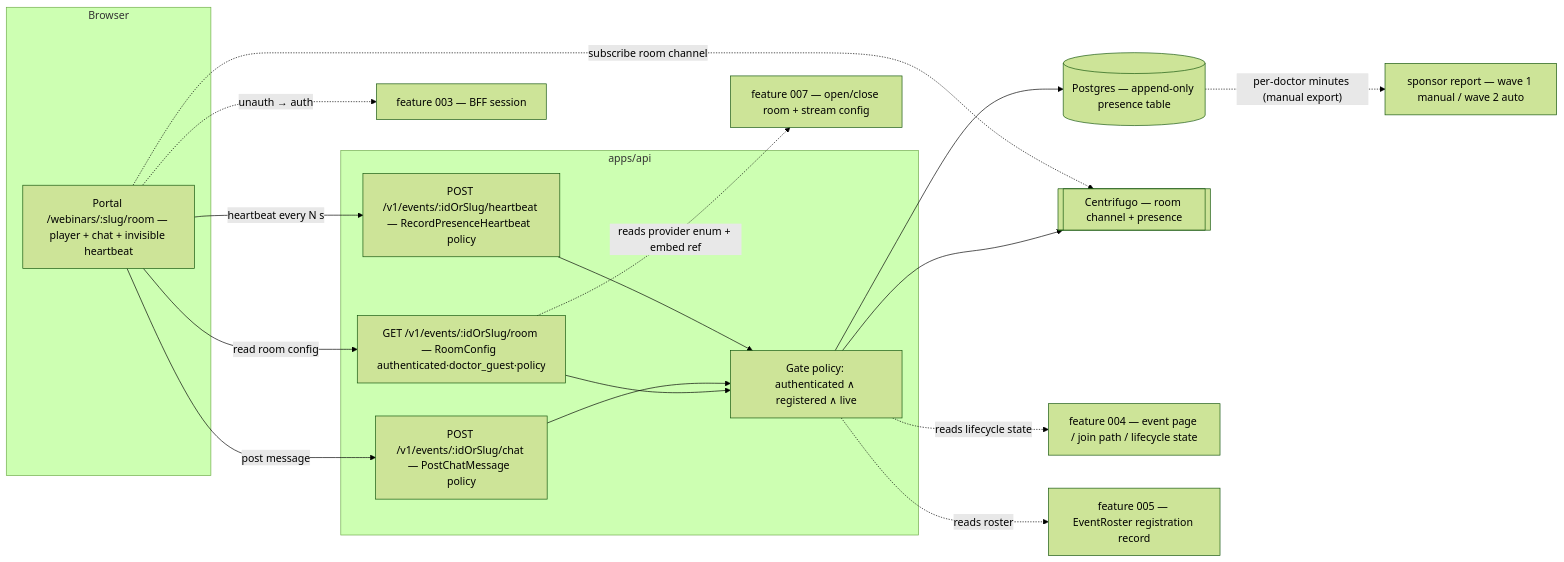
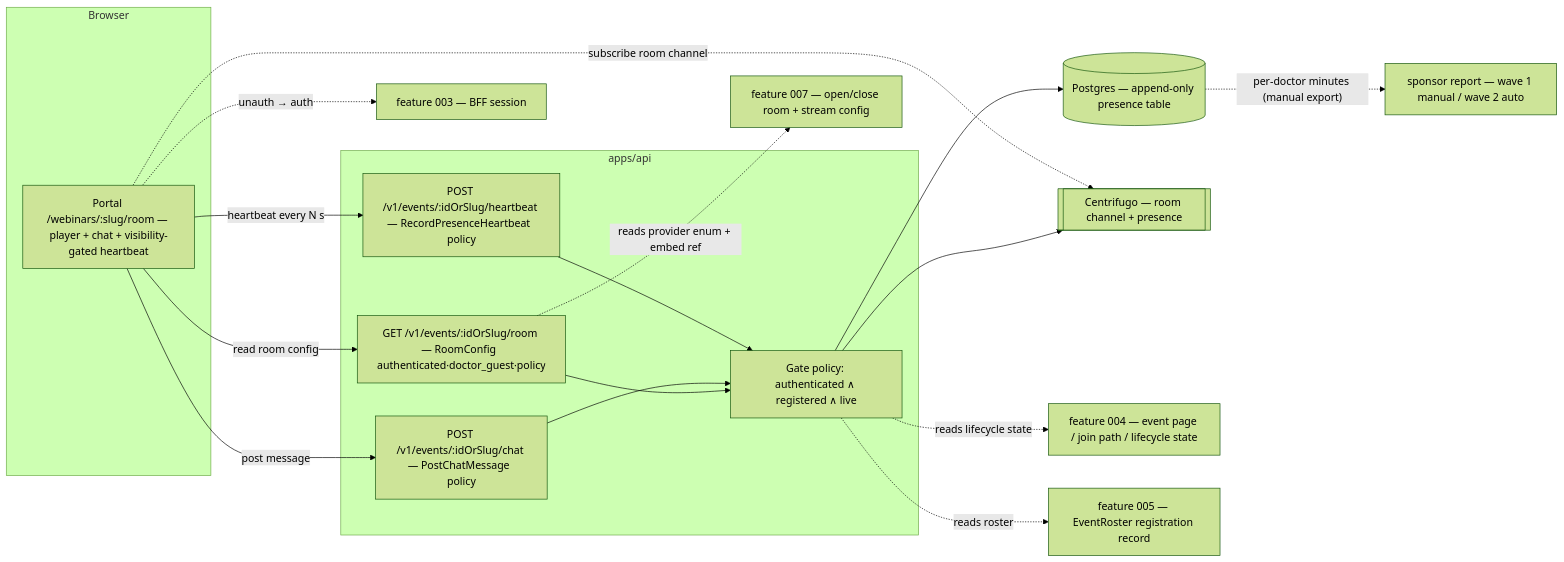
Before and after one commit to doctor-school/ds-platform: the first of 6 diagrams in apps/docs/content/specs/features/006-webinar-room/006-design.md, drawn with Mermaid (forest theme). The commit also changed other lines of this file and 3 other files, not shown here.

Commit message:
docs(specs): 006 EARS-4 — visibility-gated heartbeat capture (wave-1 owner decision, #580) (#639)

````diff
--- a/apps/docs/content/specs/features/006-webinar-room/006-design.md
+++ b/apps/docs/content/specs/features/006-webinar-room/006-design.md
@@ -16,28 +16,28 @@
 ```mermaid
 flowchart LR
   subgraph Browser
-    RM[Portal /webinars/:slug/room — player + chat + invisible heartbeat]
+    RM[Portal /webinars/:slug/room — player + chat + visibility-gated heartbeat]
   end
   subgraph apps_api[apps/api]
     Q1[GET /v1/events/:idOrSlug/room — RoomConfig  authenticated·doctor_guest·policy]
     C1[POST /v1/events/:idOrSlug/chat — PostChatMessage  policy]
     C2[POST /v1/events/:idOrSlug/heartbeat — RecordPresenceHeartbeat  policy]
     GATE[Gate policy: authenticated ∧ registered ∧ live]
   end
   PG[(Postgres — append-only presence table)]
   CF[[Centrifugo — room channel + presence]]
   AUTH[feature 003 — BFF session]
   P004[feature 004 — event page / join path / lifecycle state]
   P005[feature 005 — EventRoster registration record]
   W007[feature 007 — open/close room + stream config]
 
   RM -->|read room config| Q1 --> GATE
   RM -->|post message| C1 --> GATE --> CF
   RM -->|heartbeat every N s| C2 --> GATE --> PG
   GATE -. reads roster .-> P005
   GATE -. reads lifecycle state .-> P004
   Q1 -. reads provider enum + embed ref .-> W007
   RM -. subscribe room channel .-> CF
   RM -. unauth → auth .-> AUTH
   PG -. per-doctor minutes (manual export) .-> RPT[sponsor report — wave 1 manual / wave 2 auto]
 ```
````
